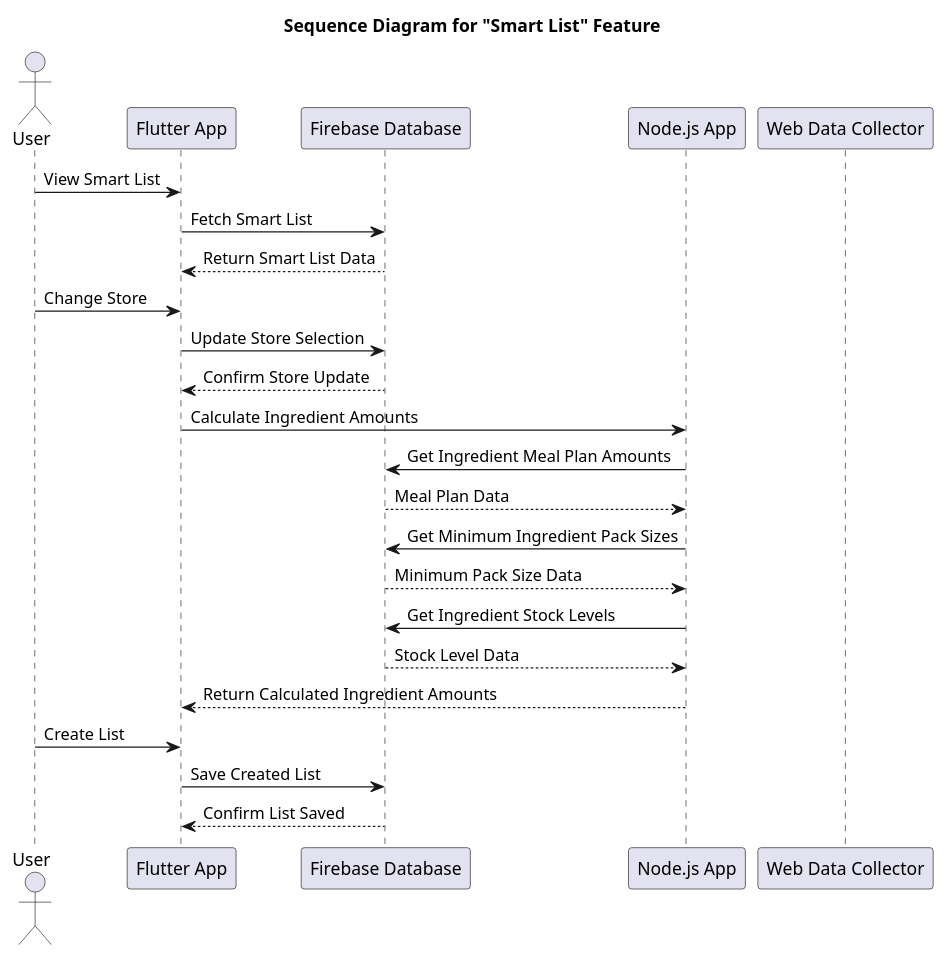
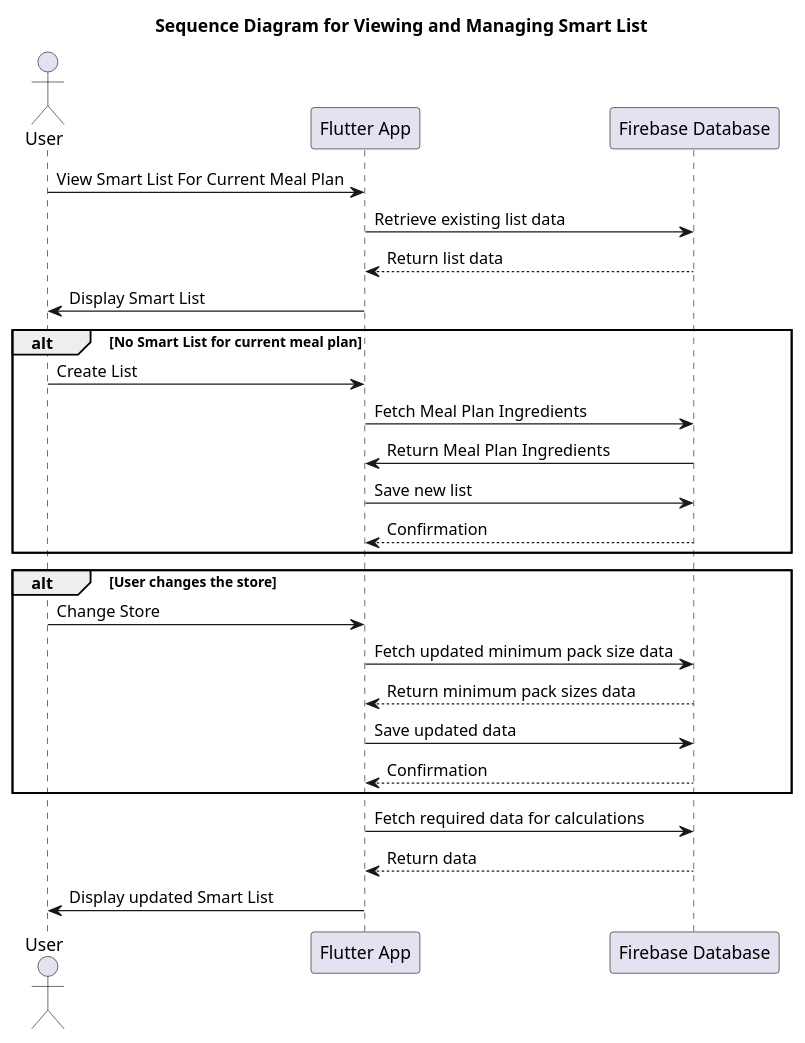
Before and after one commit to jbrun001/foodmanager: the diagram in documentation/designandmethods/sequence.puml, drawn with PlantUML. The commit also changed 1 other file, not shown here.

```diff
--- a/documentation/designandmethods/sequence.puml
+++ b/documentation/designandmethods/sequence.puml
@@ -1,34 +1,34 @@
-@startuml
-title Sequence Diagram for "Smart List" Feature
+@startuml 
+title Sequence Diagram for Viewing and Managing Smart List 
 
 actor User
 participant "Flutter App" as App
-participant "Firebase Database" as Firebase
-participant "Node.js App" as Server
-participant "Web Data Collector" as Scraper
+participant "Firebase Database" as DB
 
-User -> App: View Smart List
-App -> Firebase: Fetch Smart List
-Firebase --> App: Return Smart List Data
+User -> App : View Smart List For Current Meal Plan
+App -> DB : Retrieve existing list data
+DB --> App : Return list data
+App -> User : Display Smart List
 
-User -> App: Change Store
-App -> Firebase: Update Store Selection
-Firebase --> App: Confirm Store Update
+alt No Smart List for current meal plan
+  User -> App : Create List
+  App -> DB : Fetch Meal Plan Ingredients
+  DB -> App : Return Meal Plan Ingredients
+  App -> DB : Save new list
+  DB --> App : Confirmation
+end
 
-App -> Server: Calculate Ingredient Amounts
-Server -> Firebase: Get Ingredient Meal Plan Amounts
-Firebase --> Server: Meal Plan Data
+alt User changes the store
+  User -> App : Change Store
+  App -> DB : Fetch updated minimum pack size data
+  DB --> App : Return minimum pack sizes data
+  App -> DB : Save updated data
+  DB --> App : Confirmation
+end
 
-Server -> Firebase: Get Minimum Ingredient Pack Sizes
-Firebase --> Server: Minimum Pack Size Data
+App -> DB : Fetch required data for calculations
+DB --> App : Return data
 
-Server -> Firebase: Get Ingredient Stock Levels
-Firebase --> Server: Stock Level Data
-
-Server --> App: Return Calculated Ingredient Amounts
-
-User -> App: Create List
-App -> Firebase: Save Created List
-Firebase --> App: Confirm List Saved
+App -> User : Display updated Smart List
 
 @enduml
```
